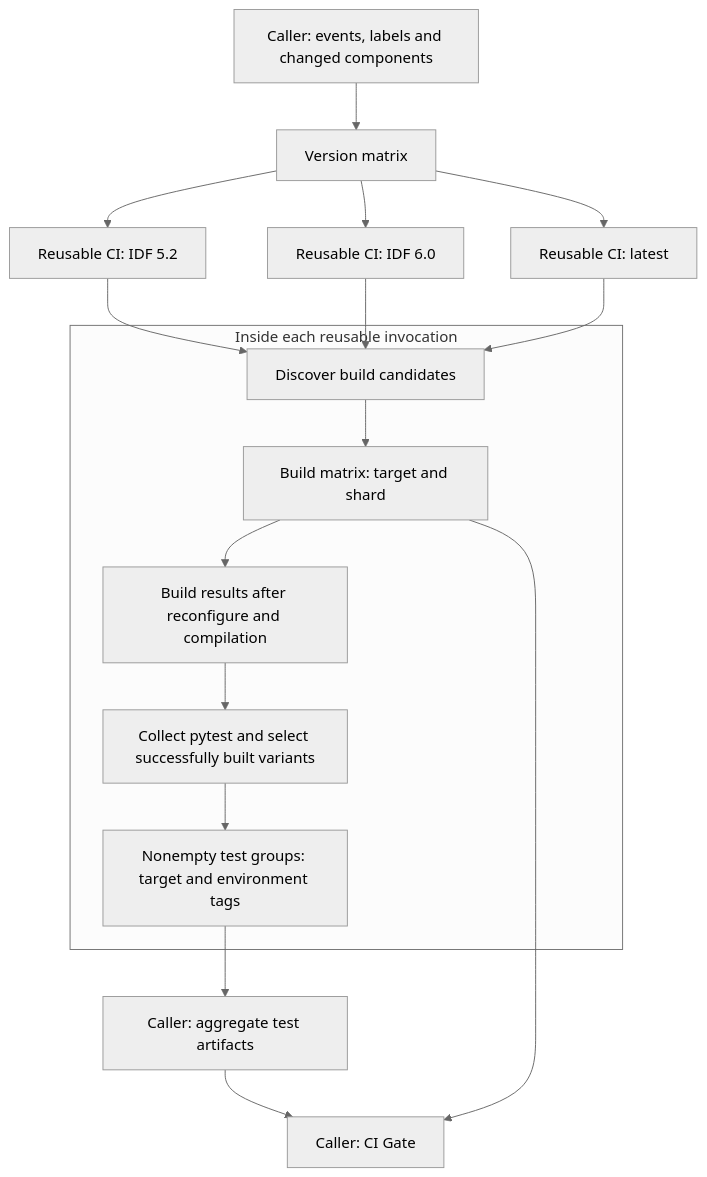
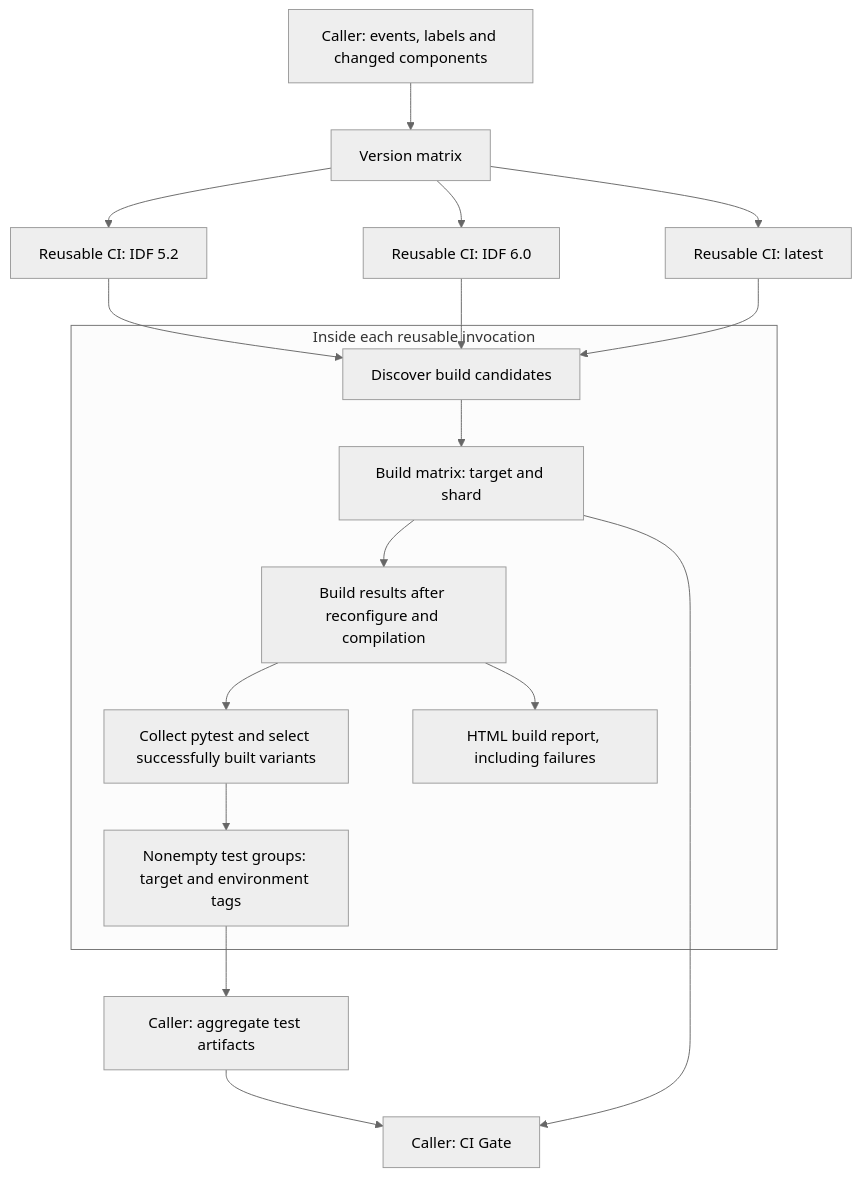
The diagram in .github/readme_workflows.md (espressif/idf-extra-components), drawn with Mermaid (neutral theme) before and after one commit. The commit also changed other lines of this file and 4 other files, not shown here.

````diff
--- a/.github/readme_workflows.md
+++ b/.github/readme_workflows.md
@@ -10,19 +10,20 @@
 ```mermaid
 flowchart TD
     caller[Caller: events, labels and changed components] --> versions[Version matrix]
     versions --> v52[Reusable CI: IDF 5.2]
     versions --> v60[Reusable CI: IDF 6.0]
     versions --> latest[Reusable CI: latest]
     subgraph one[Inside each reusable invocation]
         discover[Discover build candidates] --> builds[Build matrix: target and shard]
         builds --> results[Build results after reconfigure and compilation]
         results --> planner[Collect pytest and select successfully built variants]
+        results --> html[HTML build report, including failures]
         planner --> tests[Nonempty test groups: target and environment tags]
     end
     v52 --> discover
     v60 --> discover
     latest --> discover
     tests --> report[Caller: aggregate test artifacts]
     report --> gate[Caller: CI Gate]
     builds --> gate
 ```
````
